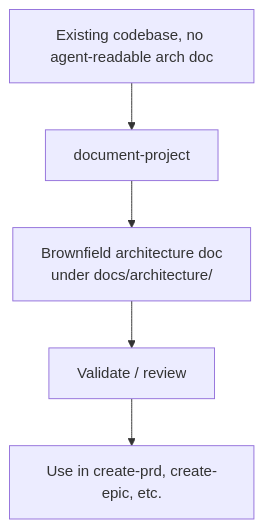
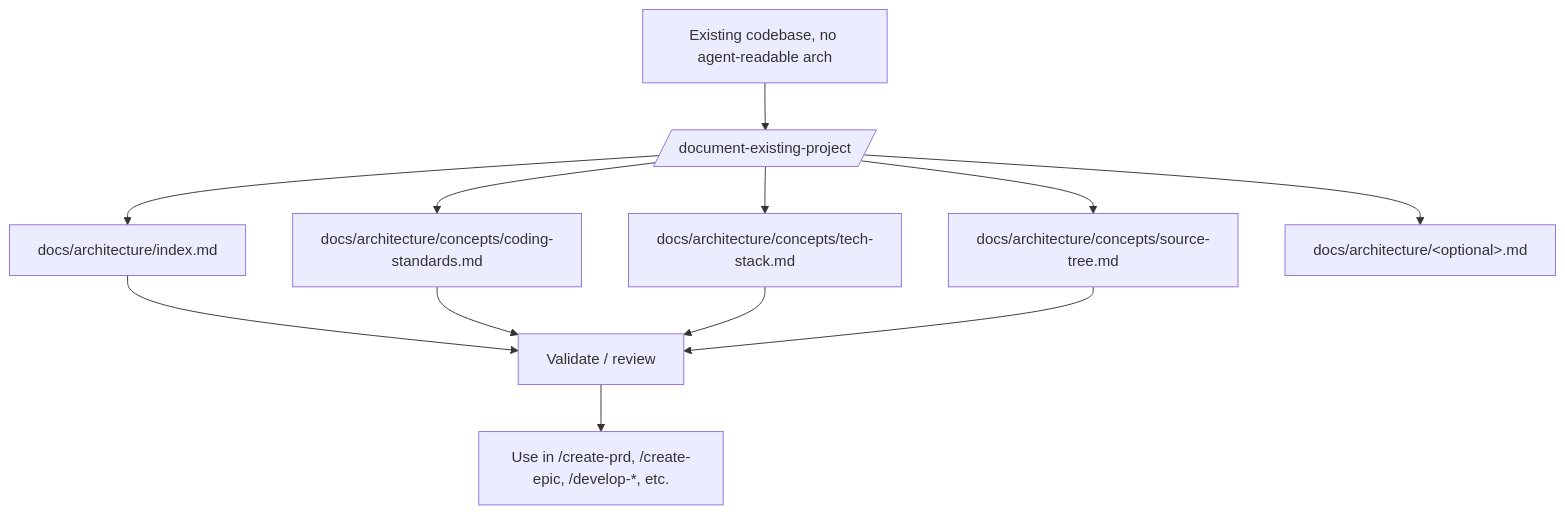
One commit to Gamaroff/agent-skills changed the diagram in docs/runbooks/document-existing-project.md. Above: the diagram before and after it, drawn with Mermaid. The commit also changed other lines of this file and 31 other files, not shown here.

````diff
--- a/docs/runbooks/document-existing-project.md
+++ b/docs/runbooks/document-existing-project.md
@@ -17,7 +20,14 @@
 ```mermaid
 flowchart TD
-    A[Existing codebase, no agent-readable arch doc] --> B[document-project]
-    B --> C[Brownfield architecture doc<br/>under docs/architecture/]
-    C --> D[Validate / review]
-    D --> E[Use in create-prd, create-epic, etc.]
+    A[Existing codebase, no agent-readable arch] --> B[/document-existing-project/]
+    B --> C[docs/architecture/index.md]
+    B --> D[docs/architecture/concepts/coding-standards.md]
+    B --> E[docs/architecture/concepts/tech-stack.md]
+    B --> F[docs/architecture/concepts/source-tree.md]
+    B --> G[docs/architecture/&lt;optional&gt;.md]
+    C --> H[Validate / review]
+    D --> H
+    E --> H
+    F --> H
+    H --> I[Use in /create-prd, /create-epic, /develop-*, etc.]
 ```
````
